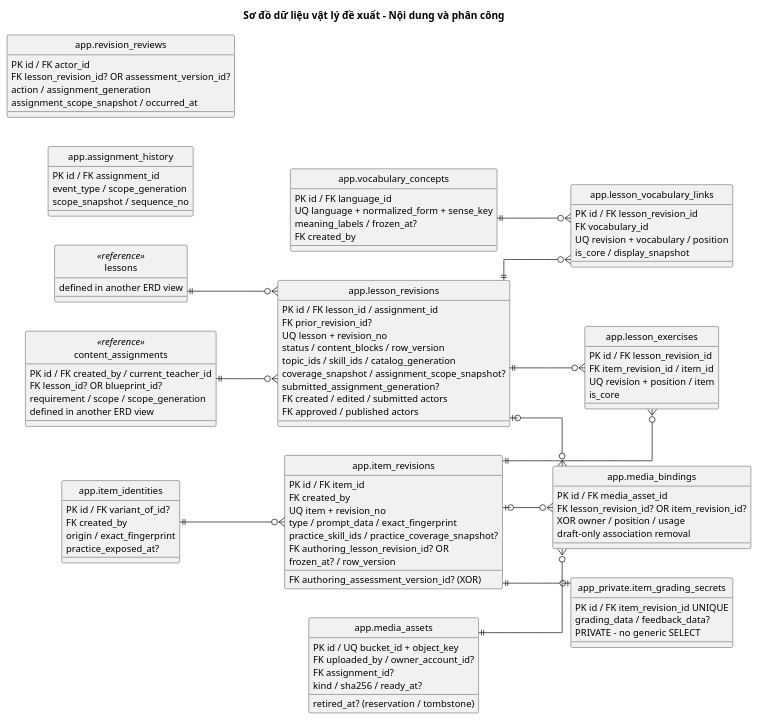
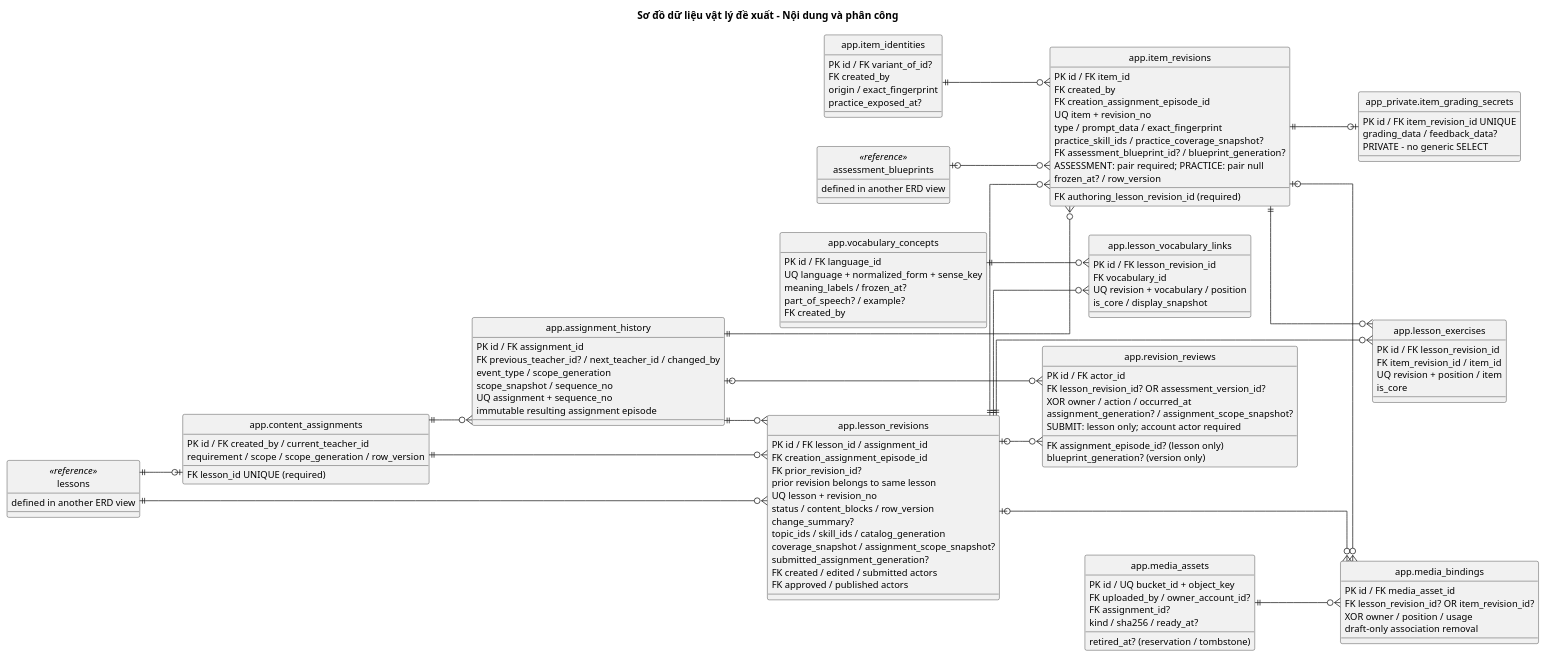
Before and after one commit to PhamNguyenThanhTung/lingora-workspace: the second of 4 diagrams in docs/design/physical/physical-erd.puml, drawn with PlantUML. The commit also changed other lines of this file and 28 other files, not shown here.

```diff
--- a/docs/design/physical/physical-erd.puml
+++ b/docs/design/physical/physical-erd.puml
@@ -87,110 +89,130 @@
 @startuml physical-erd-content
 ' classification: PROPOSED PHYSICAL DESIGN - NOT IMPLEMENTED
 skinparam backgroundColor white
 skinparam monochrome true
 skinparam shadowing false
 skinparam defaultFontName Arial
 skinparam defaultFontSize 13
 skinparam linetype ortho
 skinparam nodesep 40
 skinparam ranksep 60
 hide circle
 left to right direction
 title Sơ đồ dữ liệu vật lý đề xuất – Nội dung và phân công
 entity "app.lesson_revisions" as lesson_revisions {
   PK id / FK lesson_id / assignment_id
+  FK creation_assignment_episode_id
   FK prior_revision_id?
+  prior revision belongs to same lesson
   UQ lesson + revision_no
   status / content_blocks / row_version
+  change_summary?
   topic_ids / skill_ids / catalog_generation
   coverage_snapshot / assignment_scope_snapshot?
   submitted_assignment_generation?
   FK created / edited / submitted actors
   FK approved / published actors
 }
 entity "app.vocabulary_concepts" as vocabulary_concepts {
   PK id / FK language_id
   UQ language + normalized_form + sense_key
   meaning_labels / frozen_at?
+  part_of_speech? / example?
   FK created_by
 }
 entity "app.lesson_vocabulary_links" as lesson_vocabulary_links {
   PK id / FK lesson_revision_id
   FK vocabulary_id
   UQ revision + vocabulary / position
   is_core / display_snapshot
 }
 entity "app.item_identities" as item_identities {
   PK id / FK variant_of_id?
   FK created_by
   origin / exact_fingerprint
   practice_exposed_at?
 }
 entity "app.item_revisions" as item_revisions {
   PK id / FK item_id
   FK created_by
+  FK creation_assignment_episode_id
   UQ item + revision_no
   type / prompt_data / exact_fingerprint
   practice_skill_ids / practice_coverage_snapshot?
-  FK authoring_lesson_revision_id? OR
-  FK authoring_assessment_version_id? (XOR)
+  FK authoring_lesson_revision_id (required)
+  FK assessment_blueprint_id? / blueprint_generation?
+  ASSESSMENT: pair required; PRACTICE: pair null
   frozen_at? / row_version
 }
 entity "app_private.item_grading_secrets" as item_grading_secrets {
   PK id / FK item_revision_id UNIQUE
   grading_data / feedback_data?
   PRIVATE - no generic SELECT
 }
 entity "app.lesson_exercises" as lesson_exercises {
   PK id / FK lesson_revision_id
   FK item_revision_id / item_id
   UQ revision + position / item
   is_core
 }
 entity "app.media_assets" as media_assets {
   PK id / UQ bucket_id + object_key
   FK uploaded_by / owner_account_id?
   FK assignment_id?
   kind / sha256 / ready_at?
   retired_at? (reservation / tombstone)
 }
 entity "app.media_bindings" as media_bindings {
   PK id / FK media_asset_id
   FK lesson_revision_id? OR item_revision_id?
   XOR owner / position / usage
   draft-only association removal
 }
 entity "app.content_assignments" as content_assignments {
   PK id / FK created_by / current_teacher_id
-  FK lesson_id? OR blueprint_id?
-  requirement / scope / scope_generation
+  FK lesson_id UNIQUE (required)
+  requirement / scope / scope_generation / row_version
 }
 entity "app.assignment_history" as assignment_history {
   PK id / FK assignment_id
+  FK previous_teacher_id? / next_teacher_id / changed_by
   event_type / scope_generation
   scope_snapshot / sequence_no
+  UQ assignment + sequence_no
+  immutable resulting assignment episode
 }
 entity "app.revision_reviews" as revision_reviews {
   PK id / FK actor_id
   FK lesson_revision_id? OR assessment_version_id?
-  action / assignment_generation
-  assignment_scope_snapshot / occurred_at
+  XOR owner / action / occurred_at
+  FK assignment_episode_id? (lesson only)
+  assignment_generation? / assignment_scope_snapshot?
+  blueprint_generation? (version only)
+  SUBMIT: lesson only; account actor required
 }
 entity "lessons" as lessons <<reference>> {
   defined in another ERD view
 }
-entity "content_assignments" as content_assignments <<reference>> {
+entity "assessment_blueprints" as assessment_blueprints <<reference>> {
   defined in another ERD view
 }
 lessons ||--o{ lesson_revisions
+lessons ||--o| content_assignments
 content_assignments ||--o{ lesson_revisions
+content_assignments ||--o{ assignment_history
+assignment_history ||--o{ lesson_revisions
+assignment_history ||--o{ item_revisions
+assignment_history |o--o{ revision_reviews
+lesson_revisions |o--o{ revision_reviews
+lesson_revisions ||--o{ item_revisions
+assessment_blueprints |o--o{ item_revisions
 lesson_revisions ||--o{ lesson_exercises
 lesson_revisions ||--o{ lesson_vocabulary_links
 vocabulary_concepts ||--o{ lesson_vocabulary_links
 item_identities ||--o{ item_revisions
 item_revisions ||--o| item_grading_secrets
 item_revisions ||--o{ lesson_exercises
 media_assets ||--o{ media_bindings
 lesson_revisions |o--o{ media_bindings
 item_revisions |o--o{ media_bindings
 @enduml
```
